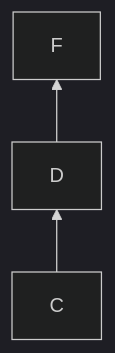
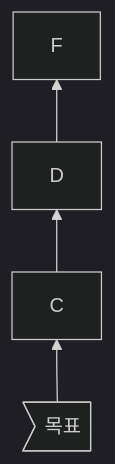
The second of 2 diagrams in Tetris_Mermaid.md (Wonsoox/Tutorial_GithubTutorial), drawn with Mermaid (dark theme) before and after one commit.

````diff
--- a/Tetris_Mermaid.md
+++ b/Tetris_Mermaid.md
@@ -7,5 +7,6 @@
 ```mermaid
 flowchart BT
     C --> D
     D --> F
+    G>목표] --> C
 ```
````
